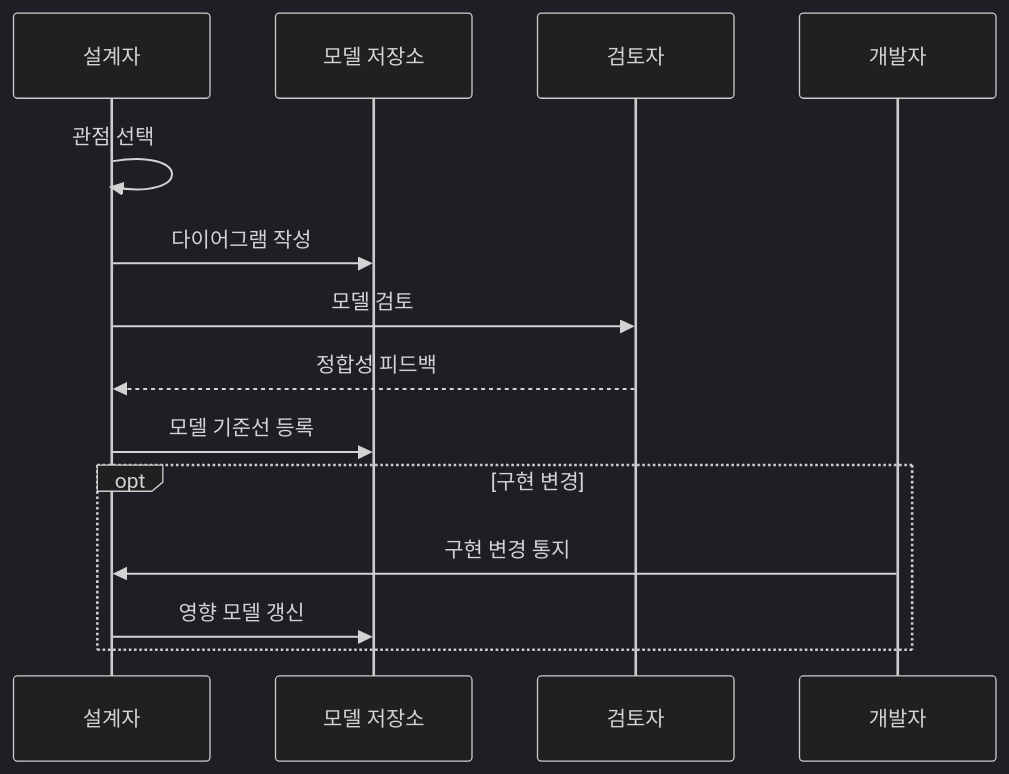
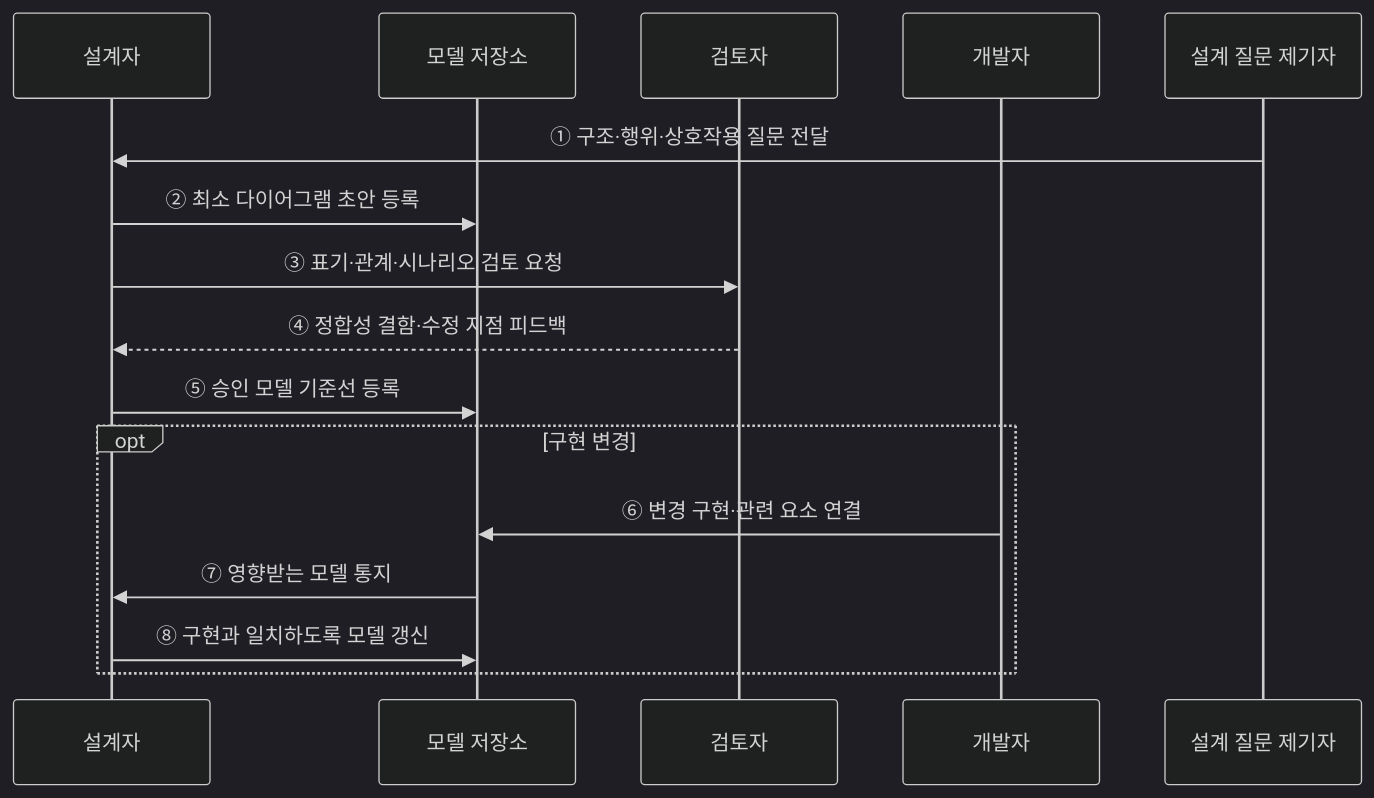
Before and after one commit to agnusdei1207/knowledge-base: the second of 2 diagrams in src/content/docs/notes/03-software/037_uml_diagrams.md, drawn with Mermaid (dark theme). The commit also changed other lines of this file and 20 other files, not shown here.

````diff
--- a/src/content/docs/notes/03-software/037_uml_diagrams.md
+++ b/src/content/docs/notes/03-software/037_uml_diagrams.md
@@ -84,16 +76,18 @@
 ```mermaid
 sequenceDiagram
     participant D as 설계자
     participant R as 모델 저장소
     participant V as 검토자
     participant P as 개발자
-    D->>D: 관점 선택
-    D->>R: 다이어그램 작성
-    D->>V: 모델 검토
-    V-->>D: 정합성 피드백
-    D->>R: 모델 기준선 등록
+    participant Q as 설계 질문 제기자
+    Q->>D: ① 구조·행위·상호작용 질문 전달
+    D->>R: ② 최소 다이어그램 초안 등록
+    D->>V: ③ 표기·관계·시나리오 검토 요청
+    V-->>D: ④ 정합성 결함·수정 지점 피드백
+    D->>R: ⑤ 승인 모델 기준선 등록
     opt 구현 변경
-        P->>D: 구현 변경 통지
-        D->>R: 영향 모델 갱신
+        P->>R: ⑥ 변경 구현·관련 요소 연결
+        R->>D: ⑦ 영향받는 모델 통지
+        D->>R: ⑧ 구현과 일치하도록 모델 갱신
     end
 ```
````
